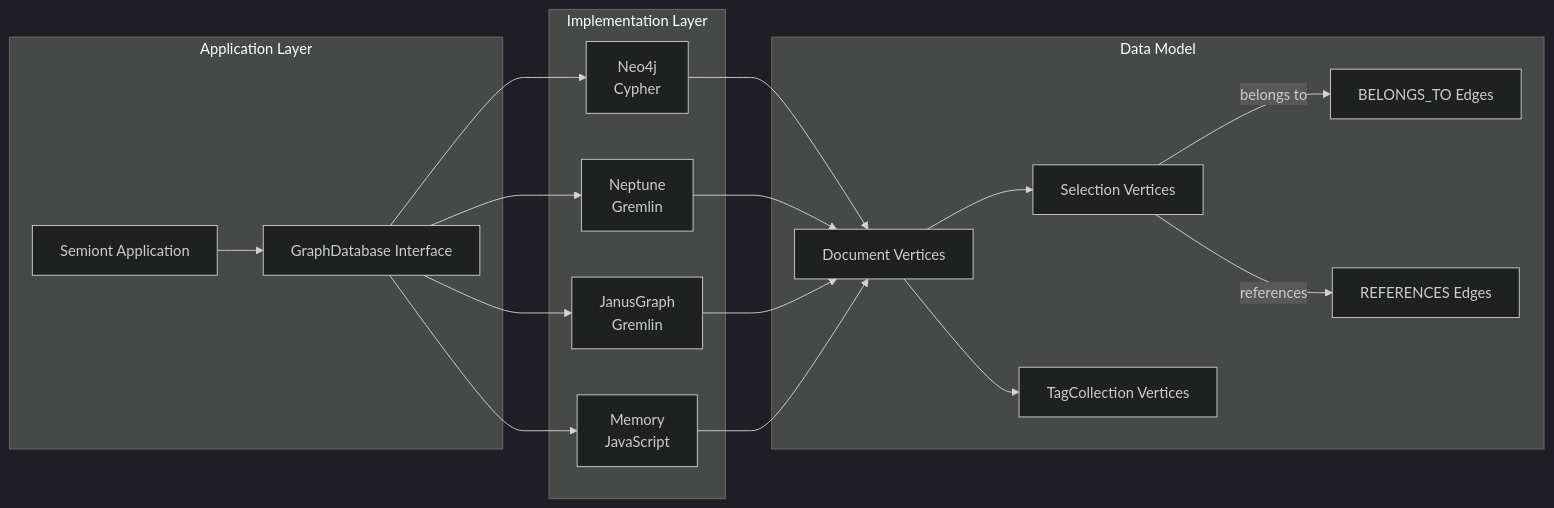
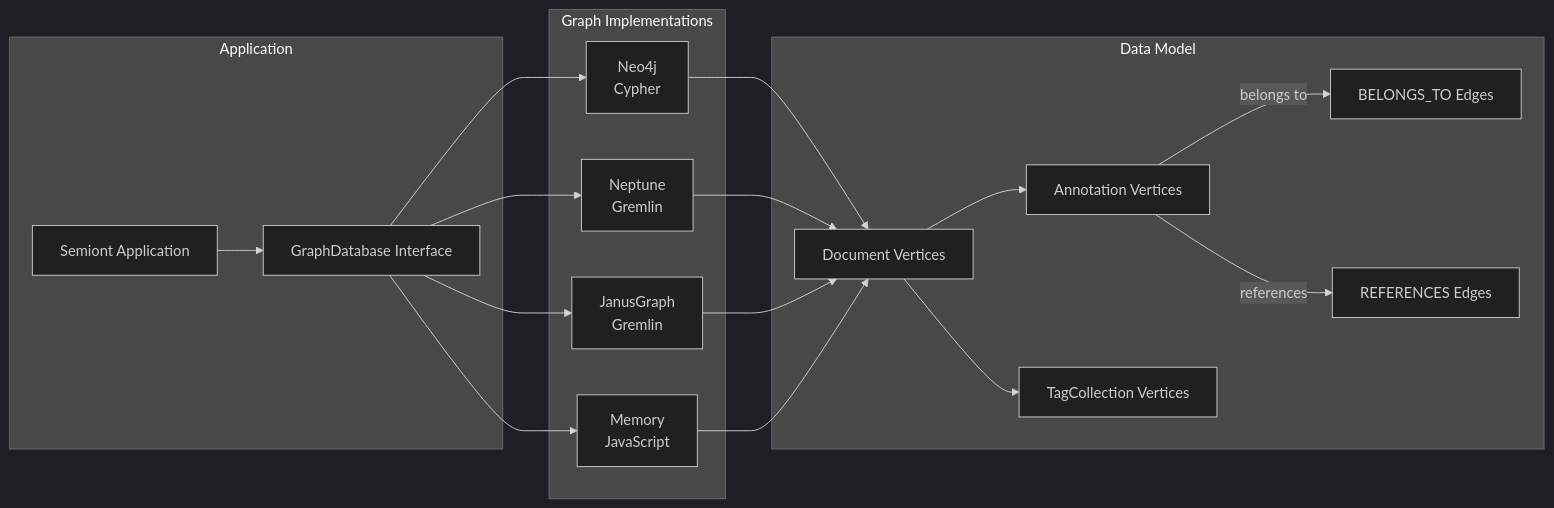
The first of 2 diagrams in docs/services/GRAPH.md (The-AI-Alliance/semiont), drawn with Mermaid (dark theme) before and after one commit. The commit also changed other lines of this file and 5 other files, not shown here.

First line of the commit message:
Revamp graph sync (#287)

````diff
--- a/docs/services/GRAPH.md
+++ b/docs/services/GRAPH.md
@@ -17,38 +18,38 @@
 ```mermaid
 graph LR
-    subgraph "Application Layer"
+    subgraph "Application"
         APP[Semiont Application]
         GDI[GraphDatabase Interface]
     end
 
-    subgraph "Implementation Layer"
+    subgraph "Graph Implementations"
         NEO[Neo4j<br/>Cypher]
         NEP[Neptune<br/>Gremlin]
         JAN[JanusGraph<br/>Gremlin]
         MEM[Memory<br/>JavaScript]
     end
 
     subgraph "Data Model"
         DOC[Document Vertices]
-        SEL[Selection Vertices]
+        ANN[Annotation Vertices]
         TAG[TagCollection Vertices]
         BT[BELONGS_TO Edges]
         REF[REFERENCES Edges]
     end
 
     APP --> GDI
     GDI --> NEO
     GDI --> NEP
     GDI --> JAN
     GDI --> MEM
 
     NEO --> DOC
     NEP --> DOC
     JAN --> DOC
     MEM --> DOC
 
-    DOC --> SEL
-    SEL -->|belongs to| BT
-    SEL -->|references| REF
+    DOC --> ANN
+    ANN -->|belongs to| BT
+    ANN -->|references| REF
     DOC --> TAG
 ```
````
